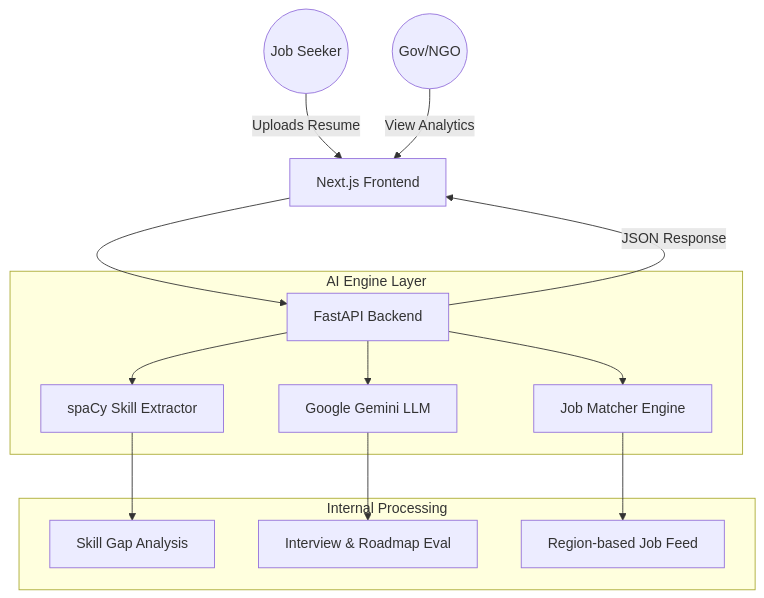
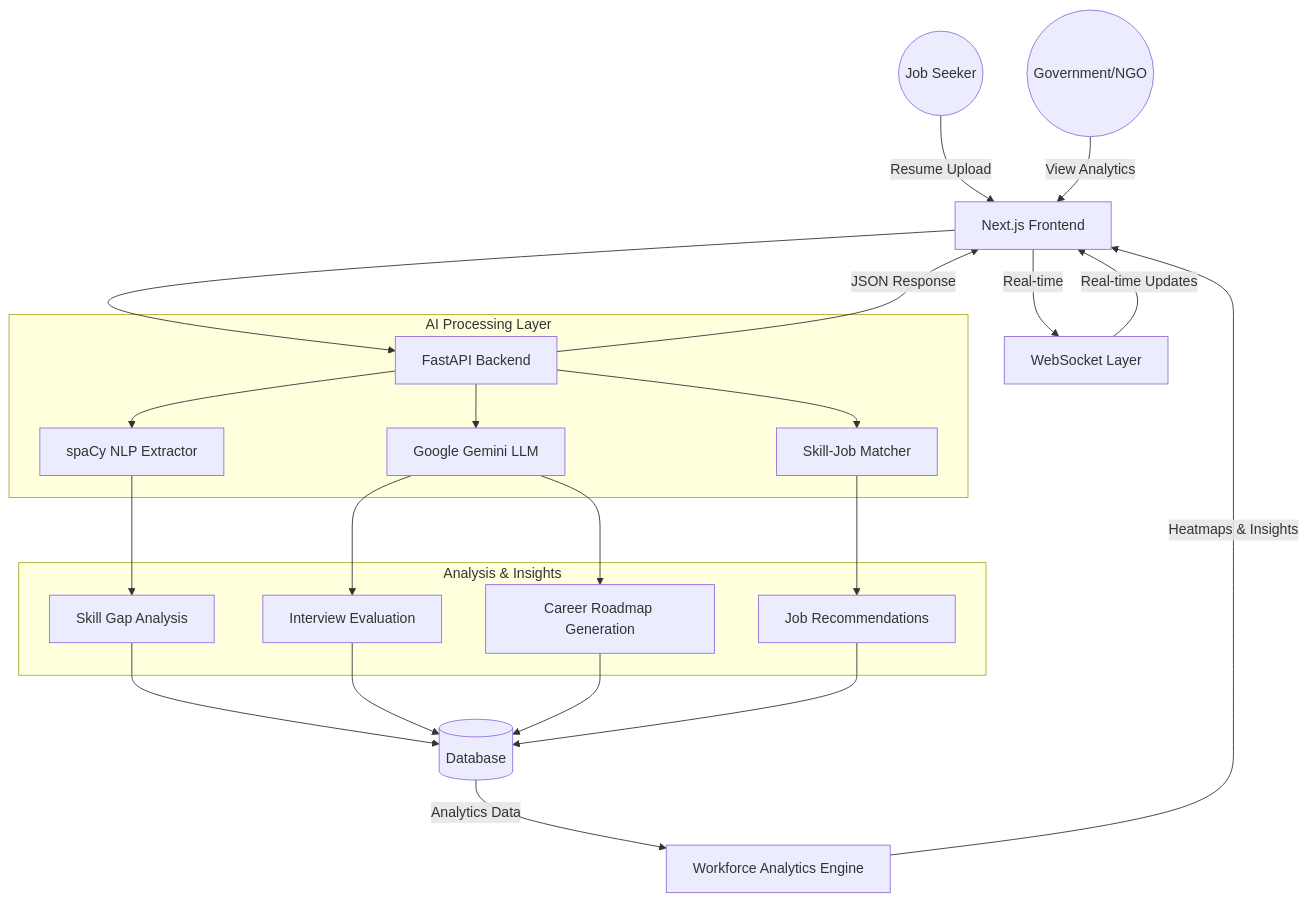
The diagram in CAREER SETU/README.md (amankv1234/CAREER-SETU---AI), drawn with Mermaid before and after one commit. The commit also changed other lines of this file, not shown here.

````diff
--- a/CAREER SETU/README.md
+++ b/CAREER SETU/README.md
@@ -47,20 +127,32 @@
 ```mermaid
 graph TD
-    User((Job Seeker)) --> |Uploads Resume| FE[Next.js Frontend]
-    Gov((Gov/NGO)) --> |View Analytics| FE
+    User((Job Seeker)) --> |Resume Upload| FE[Next.js Frontend]
+    Gov((Government/NGO)) --> |View Analytics| FE
+    
     FE --> API[FastAPI Backend]
+    FE --> |Real-time| WebSocket[WebSocket Layer]
     
-    subgraph "AI Engine Layer"
-        API --> Extractor[spaCy Skill Extractor]
+    subgraph "AI Processing Layer"
+        API --> Extractor[spaCy NLP Extractor]
         API --> Gemini[Google Gemini LLM]
-        API --> Matcher[Job Matcher Engine]
+        API --> Matcher[Skill-Job Matcher]
     end
     
-    subgraph "Internal Processing"
-        Extractor --> Gap[Skill Gap Analysis]
-        Gemini --> Feedback[Interview & Roadmap Eval]
-        Matcher --> Jobs[Region-based Job Feed]
+    subgraph "Analysis & Insights"
+        Extractor --> SkillGap[Skill Gap Analysis]
+        Gemini --> Interview[Interview Evaluation]
+        Gemini --> Roadmap[Career Roadmap Generation]
+        Matcher --> Jobs[Job Recommendations]
     end
     
+    SkillGap --> DB[(Database)]
+    Interview --> DB
+    Roadmap --> DB
+    Jobs --> DB
+    
+    DB --> |Analytics Data| Analytics[Workforce Analytics Engine]
+    Analytics --> |Heatmaps & Insights| FE
+    
     API --> |JSON Response| FE
+    WebSocket --> |Real-time Updates| FE
 ```
````
